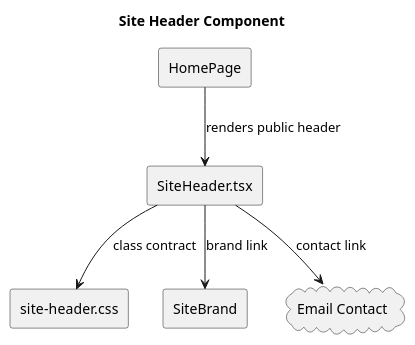
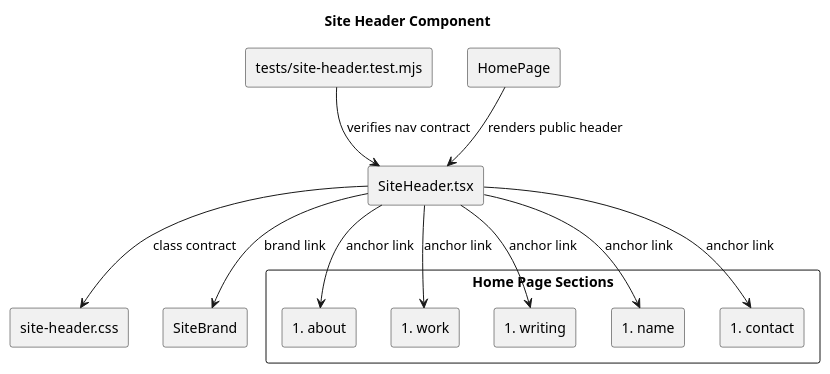
Before and after one commit to bonecutter-hierophant/Bonecutters: the diagram in client/src/components/site-header/site-header.puml, drawn with PlantUML. The commit also changed 20 other files, not shown here.

```diff
--- a/client/src/components/site-header/site-header.puml
+++ b/client/src/components/site-header/site-header.puml
@@ -1,16 +1,28 @@
 @startuml
 title Site Header Component
 skinparam componentStyle rectangle
 
 component "SiteHeader.tsx" as SiteHeader
 component "site-header.css" as Styles
+component "tests/site-header.test.mjs" as Tests
 component "SiteBrand" as SiteBrand
 component "HomePage" as HomePage
-cloud "Email Contact" as Email
+rectangle "Home Page Sections" as Sections {
+  component "#about" as About
+  component "#work" as Work
+  component "#writing" as Writing
+  component "#name" as Name
+  component "#contact" as Contact
+}
 
 HomePage --> SiteHeader : renders public header
 SiteHeader --> SiteBrand : brand link
 SiteHeader --> Styles : class contract
-SiteHeader --> Email : contact link
+SiteHeader --> About : anchor link
+SiteHeader --> Work : anchor link
+SiteHeader --> Writing : anchor link
+SiteHeader --> Name : anchor link
+SiteHeader --> Contact : anchor link
+Tests --> SiteHeader : verifies nav contract
 
 @enduml
```
